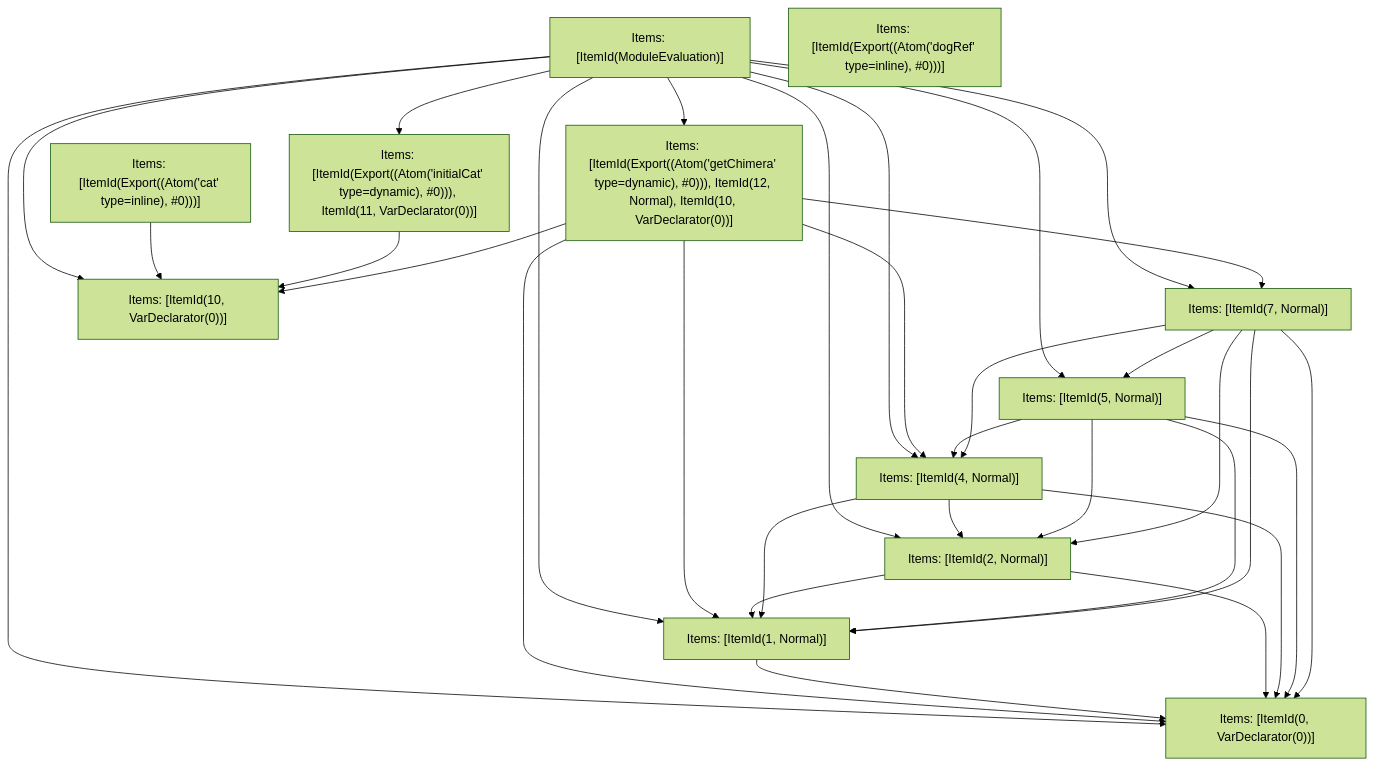
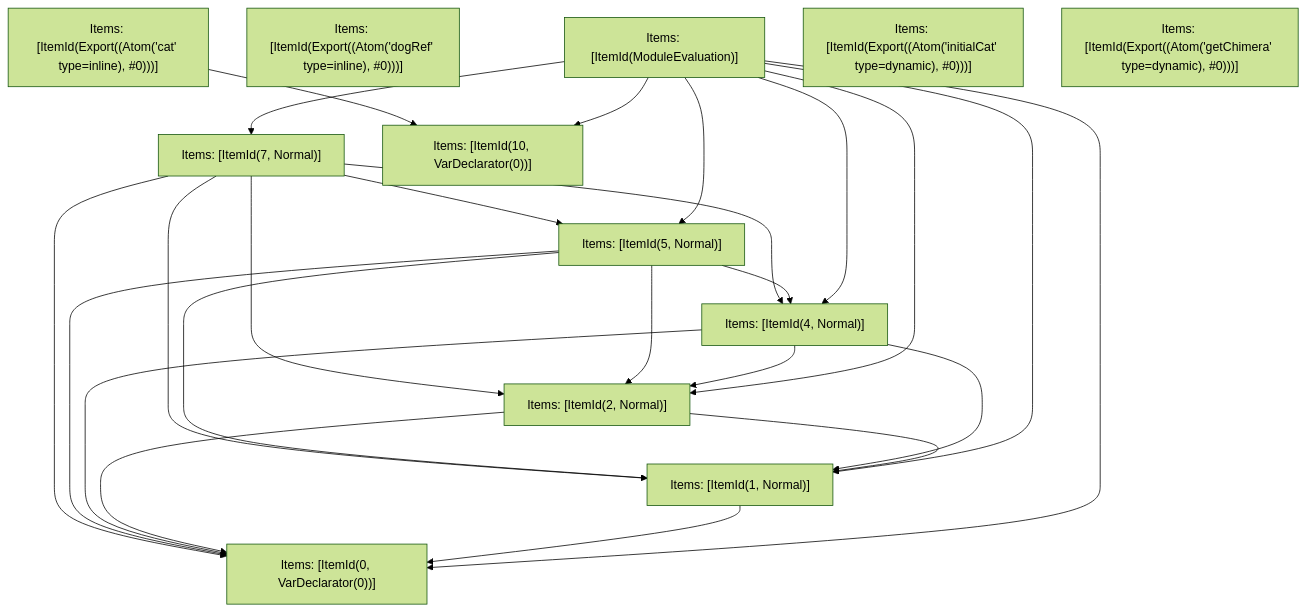
The fifth of 5 diagrams in crates/turbopack-ecmascript/tests/tree-shaker/analyzer/complex/output.md (vercel/turborepo), drawn with Mermaid (forest theme) before and after one commit. The commit also changed other lines of this file and 3 other files, not shown here.

````diff
--- a/crates/turbopack-ecmascript/tests/tree-shaker/analyzer/complex/output.md
+++ b/crates/turbopack-ecmascript/tests/tree-shaker/analyzer/complex/output.md
@@ -383,46 +383,38 @@
 ```mermaid
 graph TD
     N0["Items: [ItemId(ModuleEvaluation)]"];
     N1["Items: [ItemId(Export((Atom('dogRef' type=inline), #0)))]"];
     N2["Items: [ItemId(Export((Atom('cat' type=inline), #0)))]"];
-    N3["Items: [ItemId(Export((Atom('initialCat' type=dynamic), #0))), ItemId(11, VarDeclarator(0))]"];
-    N4["Items: [ItemId(Export((Atom('getChimera' type=dynamic), #0))), ItemId(12, Normal), ItemId(10, VarDeclarator(0))]"];
+    N3["Items: [ItemId(Export((Atom('initialCat' type=dynamic), #0)))]"];
+    N4["Items: [ItemId(Export((Atom('getChimera' type=dynamic), #0)))]"];
     N5["Items: [ItemId(0, VarDeclarator(0))]"];
     N6["Items: [ItemId(1, Normal)]"];
     N7["Items: [ItemId(2, Normal)]"];
     N8["Items: [ItemId(4, Normal)]"];
     N9["Items: [ItemId(5, Normal)]"];
     N10["Items: [ItemId(7, Normal)]"];
     N11["Items: [ItemId(10, VarDeclarator(0))]"];
     N0 --> N7;
     N0 --> N9;
     N0 --> N5;
     N0 --> N6;
     N0 --> N8;
     N0 --> N10;
     N0 --> N11;
-    N0 --> N3;
-    N0 --> N4;
     N2 --> N11;
-    N3 --> N11;
-    N4 --> N11;
-    N4 --> N5;
-    N4 --> N6;
-    N4 --> N8;
-    N4 --> N10;
     N6 --> N5;
     N7 --> N5;
     N7 --> N6;
     N8 --> N5;
     N8 --> N6;
     N8 --> N7;
     N9 --> N5;
     N9 --> N6;
     N9 --> N8;
     N9 --> N7;
     N10 --> N5;
     N10 --> N6;
     N10 --> N8;
     N10 --> N7;
     N10 --> N9;
 ```
````
